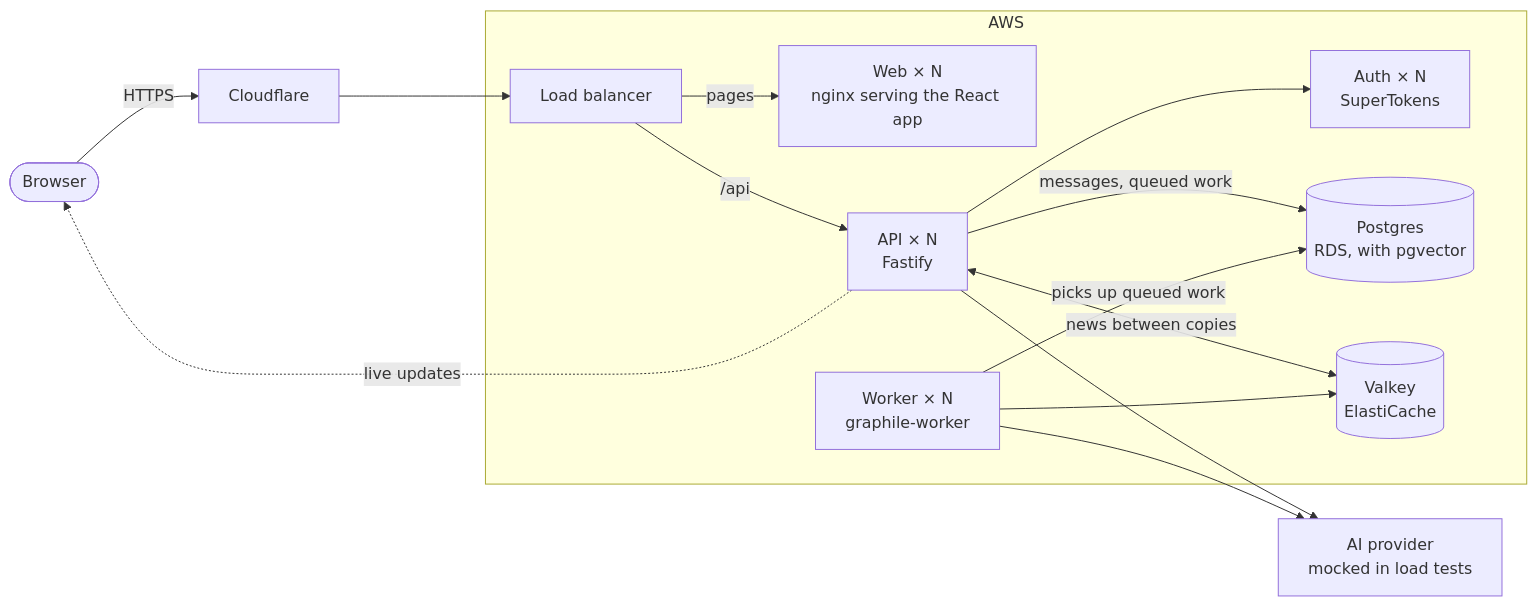
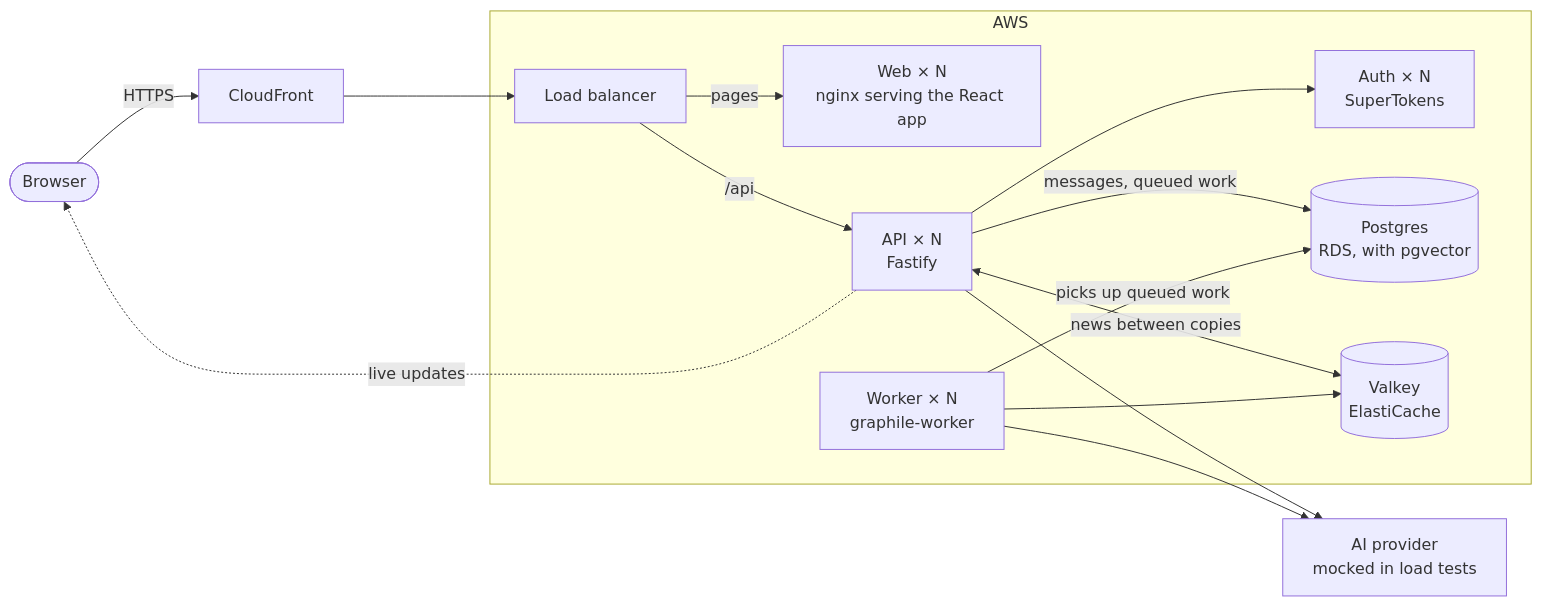
Before and after one commit to amg/ariadne: the diagram in README.md, drawn with Mermaid. The commit also changed other lines of this file and 91 other files, not shown here.

First line of the commit message:
feat(infra): make CloudFront aws-prod's front door and retire the direct path

````diff
--- a/README.md
+++ b/README.md
@@ -45,24 +45,24 @@
 ```mermaid
 flowchart LR
-  browser([Browser]) -->|HTTPS| edge[Cloudflare]
+  browser([Browser]) -->|HTTPS| edge[CloudFront]
   subgraph aws [AWS]
     alb[Load balancer]
     web["Web × N<br/>nginx serving the React app"]
     api["API × N<br/>Fastify"]
     worker["Worker × N<br/>graphile-worker"]
     auth["Auth × N<br/>SuperTokens"]
     db[("Postgres<br/>RDS, with pgvector")]
     bus[("Valkey<br/>ElastiCache")]
   end
   edge --> alb
   alb -->|pages| web
   alb -->|/api| api
   api -. live updates .-> browser
   api -->|messages, queued work| db
   worker -->|picks up queued work| db
   api <-->|news between copies| bus
   worker --> bus
   api --> auth
   api --> ai["AI provider<br/>mocked in load tests"]
   worker --> ai
 ```
````
